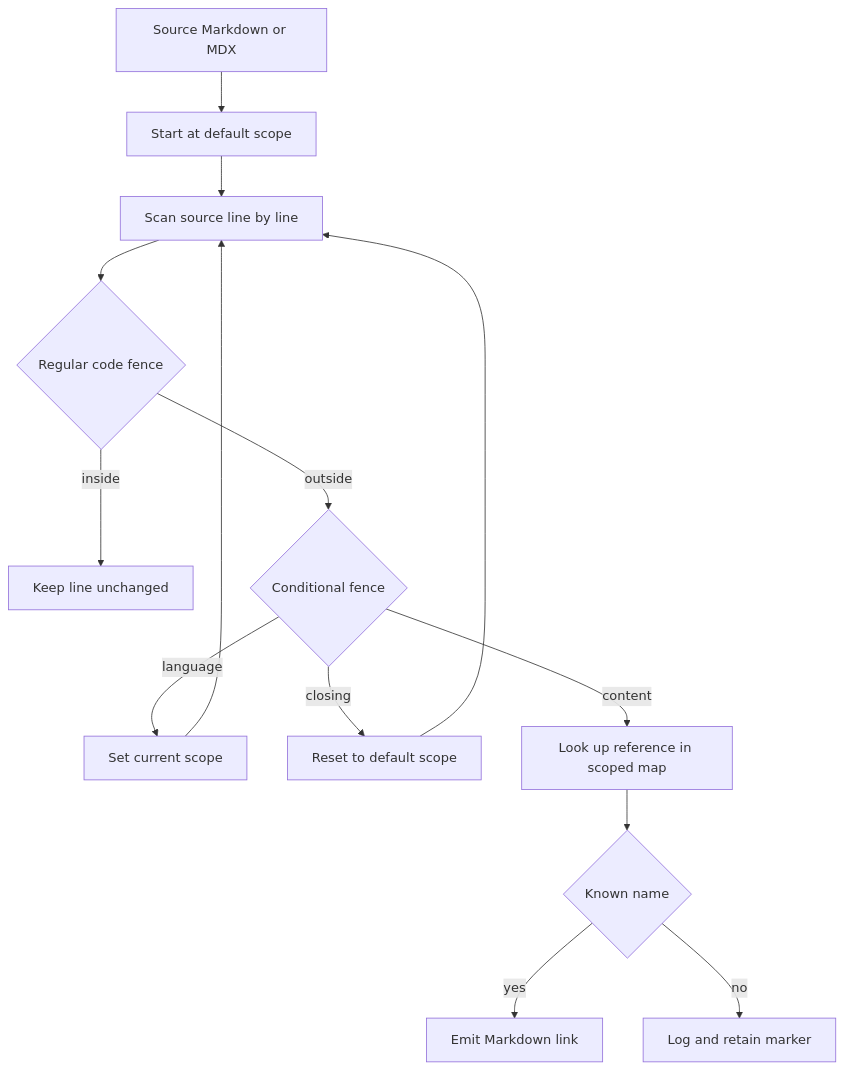
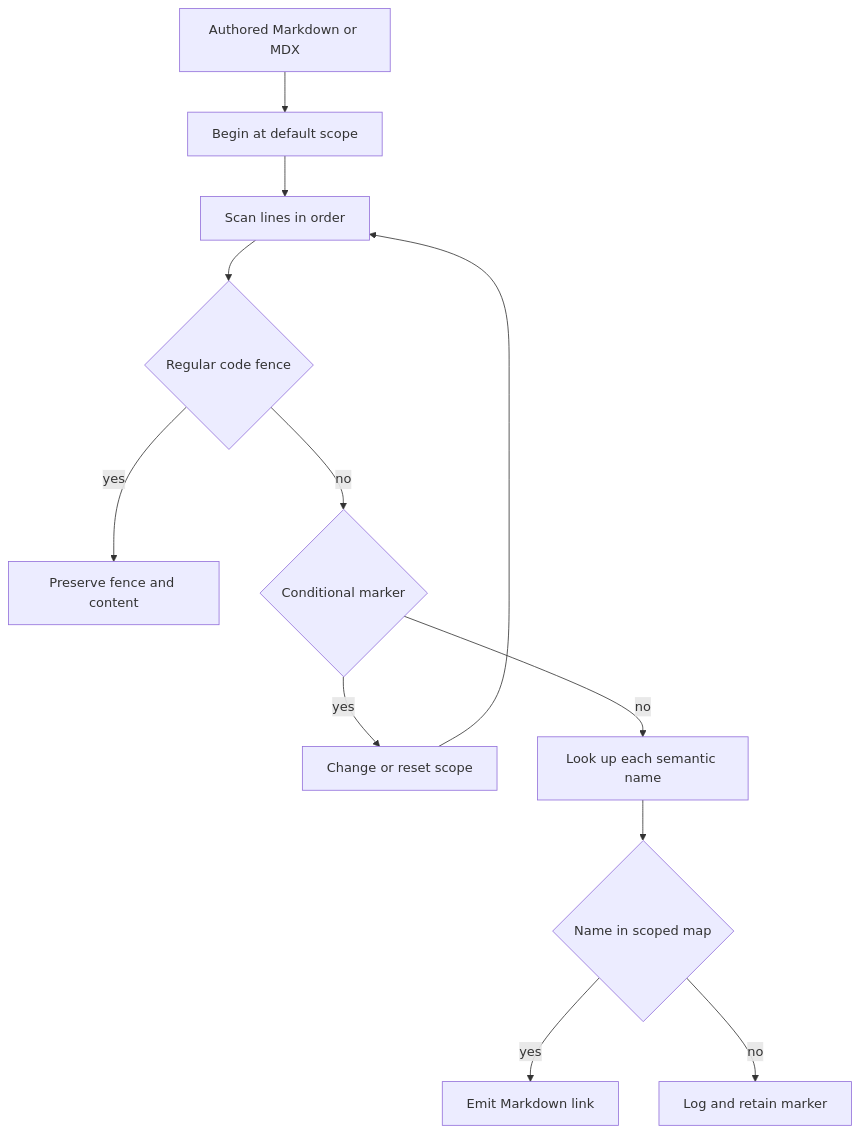
One commit to langchain-ai/docs changed the diagram in openwiki/operations/cross-references.md. Above: the diagram before and after it, drawn with Mermaid. The commit also changed other lines of this file and 34 other files, not shown here.

````diff
--- a/openwiki/operations/cross-references.md
+++ b/openwiki/operations/cross-references.md
@@ -60,16 +60,14 @@
 ```mermaid
 flowchart TD
-    Source["Source Markdown or MDX"] --> Scope["Start at default scope"]
-    Scope --> Scan["Scan source line by line"]
+    Source["Authored Markdown or MDX"] --> Start["Begin at default scope"]
+    Start --> Scan["Scan lines in order"]
     Scan --> Code{"Regular code fence"}
-    Code -->|"inside"| Keep["Keep line unchanged"]
-    Code -->|"outside"| Fence{"Conditional fence"}
-    Fence -->|"language"| SetScope["Set current scope"]
-    Fence -->|"closing"| Reset["Reset to default scope"]
-    Fence -->|"content"| Lookup["Look up reference in scoped map"]
-    SetScope --> Scan
-    Reset --> Scan
-    Lookup --> Known{"Known name"}
+    Code -->|"yes"| Preserve["Preserve fence and content"]
+    Code -->|"no"| Conditional{"Conditional marker"}
+    Conditional -->|"yes"| Scope["Change or reset scope"]
+    Conditional -->|"no"| Lookup["Look up each semantic name"]
+    Scope --> Scan
+    Lookup --> Known{"Name in scoped map"}
     Known -->|"yes"| Link["Emit Markdown link"]
     Known -->|"no"| Literal["Log and retain marker"]
 ```
````
